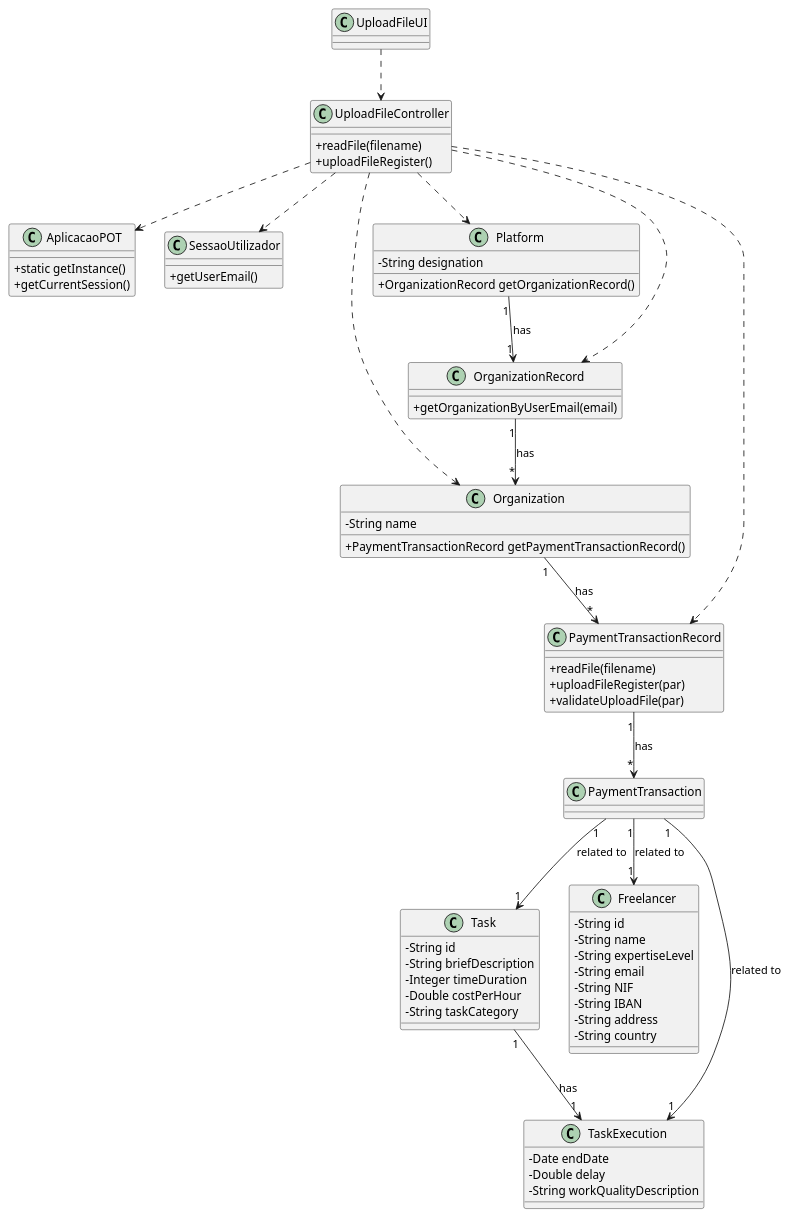
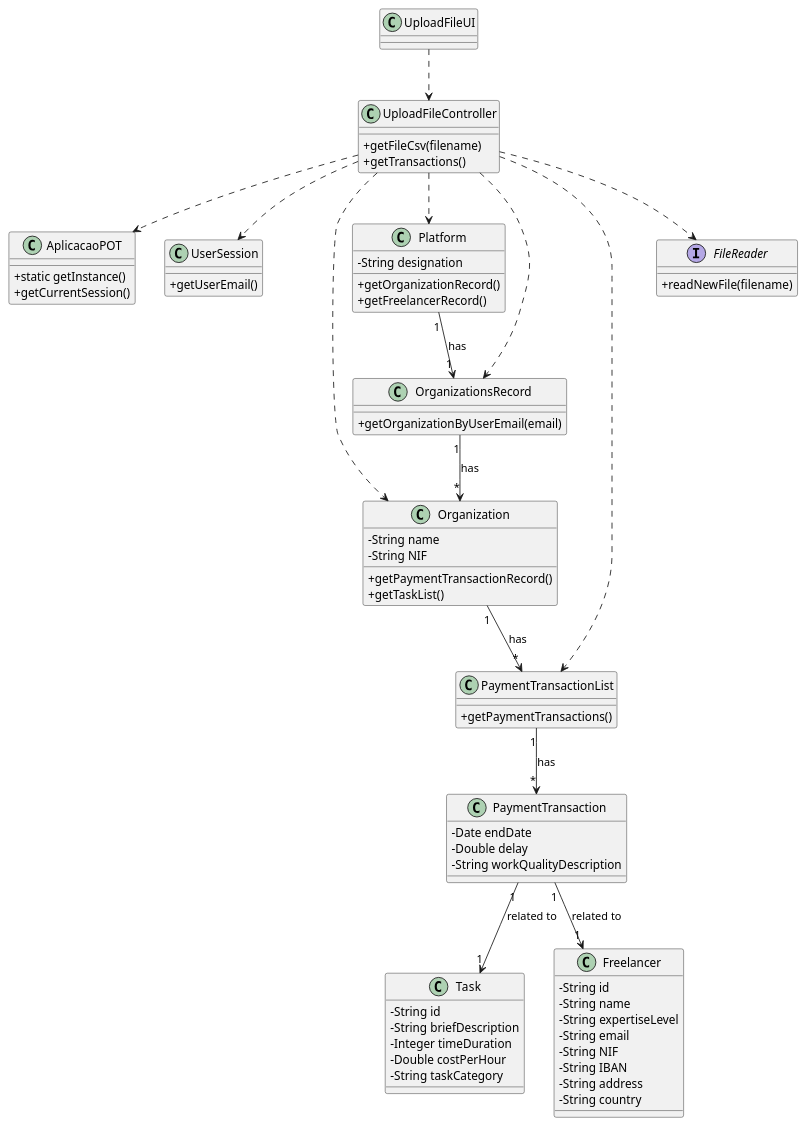
One commit to pedrolemos4/LAPR2 changed the diagram in docs/UC4 - Upload File/UC4_CD.puml. Above: the diagram before and after it, drawn with PlantUML. The commit also changed 6 other files, not shown here.

```diff
--- a/docs/UC4 - Upload File/UC4_CD.puml
+++ b/docs/UC4 - Upload File/UC4_CD.puml
@@ -1,89 +1,92 @@
 @startuml
 skinparam classAttributeIconSize 0
 
 class AplicacaoPOT{
   +static getInstance()
   +getCurrentSession()
 }
 
-class SessaoUtilizador{
+class UserSession{
   +getUserEmail()
 }
 
 class Task {
   -String id
   -String briefDescription
   -Integer timeDuration
   -Double costPerHour
   -String taskCategory
 }
 
 class Freelancer {
   -String id
   -String name
   -String expertiseLevel
   -String email
   -String NIF
   -String IBAN
   -String address
   -String country
 }
 
 class Organization {
   -String name
-  +PaymentTransactionRecord getPaymentTransactionRecord()
+  -String NIF
+  +getPaymentTransactionRecord()
+  +getTaskList()
 }
 
 
 class Platform {
   -String designation
-  +OrganizationRecord getOrganizationRecord()
+  +getOrganizationRecord()
+  +getFreelancerRecord()
 }
 
 
-class OrganizationRecord  {
+class OrganizationsRecord  {
   +getOrganizationByUserEmail(email)
 }
 
 class UploadFileController {
-  +readFile(filename)
-  +uploadFileRegister()
+  +getFileCsv(filename)
+  +getTransactions()
 }
 
 class UploadFileUI {
 }
 
 class PaymentTransaction{
-}
-
-class PaymentTransactionRecord{
-    +readFile(filename)
-    +uploadFileRegister(par)
-    +validateUploadFile(par)
-}
-
-class TaskExecution {
  -Date endDate
  -Double delay
  -String workQualityDescription
 }
 
+class PaymentTransactionList{
+    +getPaymentTransactions()
+}
+
+interface FileReader{
+    +readNewFile(filename)
+}
+
+
 UploadFileUI ..> UploadFileController
 UploadFileController ..> Platform
 UploadFileController ..> Organization
 UploadFileController ..> AplicacaoPOT
-UploadFileController ..> SessaoUtilizador
-UploadFileController ..> PaymentTransactionRecord
-UploadFileController ..> OrganizationRecord
-Platform "1" --> "1" OrganizationRecord : has
+UploadFileController ..> UserSession
+UploadFileController ..> PaymentTransactionList
+UploadFileController ..> OrganizationsRecord
+UploadFileController ..> FileReader
+Platform "1" --> "1" OrganizationsRecord : has
 
-OrganizationRecord "1" --> "*" Organization : has
-Organization "1" --> "*" PaymentTransactionRecord : has
-PaymentTransactionRecord "1" --> "*" PaymentTransaction : has
-Task "1" --> "1" TaskExecution : has
+
+OrganizationsRecord "1" --> "*" Organization : has
+Organization "1" --> "*" PaymentTransactionList : has
+PaymentTransactionList "1" --> "*" PaymentTransaction : has
 
 PaymentTransaction "1" --> "1" Freelancer : related to
 PaymentTransaction "1" --> "1" Task : related to
-PaymentTransaction "1" --> "1" TaskExecution : related to
 
 @enduml
```
